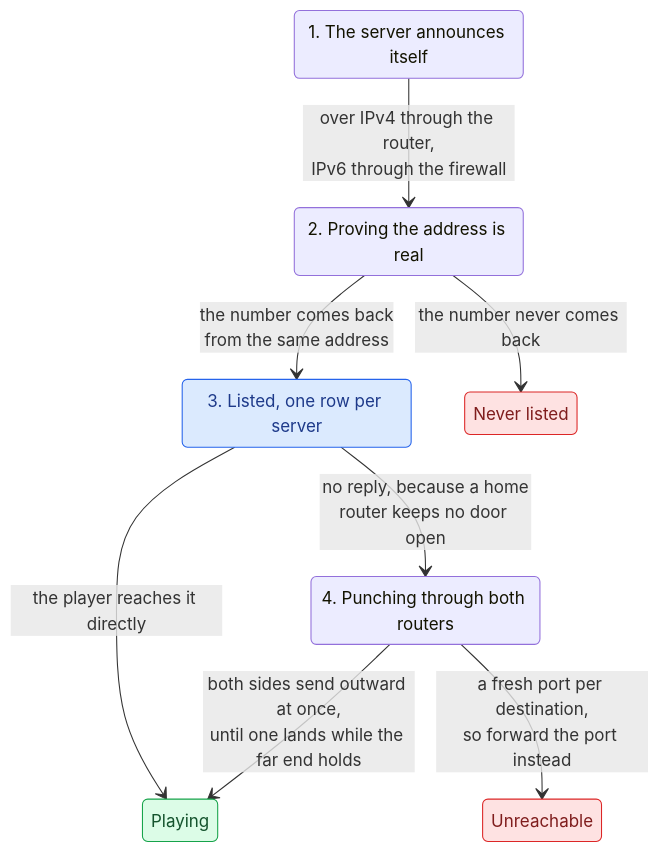
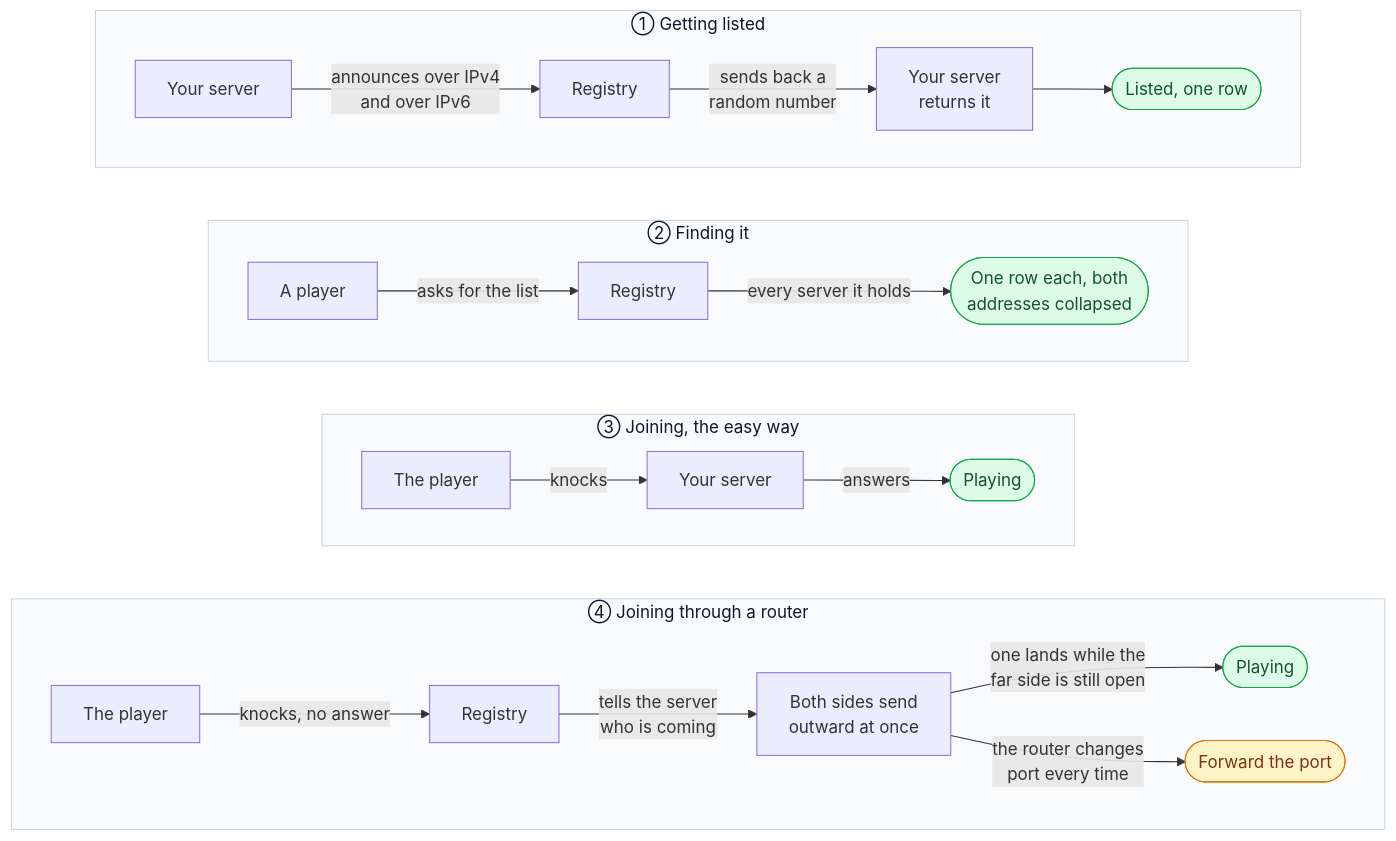
One commit to rc4l/ForkUnderA changed the diagram in README.server-registry.md. Above: the diagram before and after it, drawn with Mermaid.

Commit message:
Give each registry scenario its own row

````diff
--- a/README.server-registry.md
+++ b/README.server-registry.md
@@ -5,28 +5,44 @@
 ```mermaid
-stateDiagram-v2
-    direction TB
+flowchart TB
 
-    state "1. The server announces itself" as Announcing
-    state "2. Proving the address is real" as Proving
-    state "3. Listed, one row per server" as Listed
-    state "4. Punching through both routers" as Punching
-    state "Playing" as Joined
-    state "Never listed" as Dropped
-    state "Unreachable" as Refused
+    subgraph L["① Getting listed"]
+        direction LR
+        L1["Your server"] -->|"announces over IPv4<br/>and over IPv6"| L2["Registry"]
+        L2 -->|"sends back a<br/>random number"| L3["Your server<br/>returns it"]
+        L3 --> L4(["Listed, one row"])
+    end
 
-    Announcing --> Proving : over IPv4 through the router,<br/>IPv6 through the firewall
-    Proving --> Dropped : the number never comes back
-    Proving --> Listed : the number comes back<br/>from the same address
-    Listed --> Joined : the player reaches it directly
-    Listed --> Punching : no reply, because a home<br/>router keeps no door open
-    Punching --> Joined : both sides send outward at once,<br/>until one lands while the far end holds
-    Punching --> Refused : a fresh port per destination,<br/>so forward the port instead
+    subgraph F["② Finding it"]
+        direction LR
+        F1["A player"] -->|"asks for the list"| F2["Registry"]
+        F2 -->|"every server it holds"| F3(["One row each, both<br/>addresses collapsed"])
+    end
 
-    classDef good fill:#dcfce7,stroke:#16a34a,color:#14532d
-    classDef bad fill:#fee2e2,stroke:#dc2626,color:#7f1d1d
-    classDef live fill:#dbeafe,stroke:#2563eb,color:#1e3a8a
-    class Joined good
-    class Dropped bad
-    class Refused bad
-    class Listed live
+    subgraph D["③ Joining, the easy way"]
+        direction LR
+        D1["The player"] -->|"knocks"| D2["Your server"]
+        D2 -->|"answers"| D3(["Playing"])
+    end
+
+    subgraph P["④ Joining through a router"]
+        direction LR
+        P1["The player"] -->|"knocks, no answer"| P2["Registry"]
+        P2 -->|"tells the server<br/>who is coming"| P3["Both sides send<br/>outward at once"]
+        P3 -->|"one lands while the<br/>far side is still open"| P4(["Playing"])
+        P3 -->|"the router changes<br/>port every time"| P5(["Forward the port"])
+    end
+
+    L ~~~ F
+    F ~~~ D
+    D ~~~ P
+
+    classDef ok fill:#dcfce7,stroke:#16a34a,color:#14532d
+    classDef warn fill:#fef3c7,stroke:#d97706,color:#78350f
+    class L4,F3,D3,P4 ok
+    class P5 warn
+
+    style L fill:#f8fafc,stroke:#cbd5e1,color:#0f172a
+    style F fill:#f8fafc,stroke:#cbd5e1,color:#0f172a
+    style D fill:#f8fafc,stroke:#cbd5e1,color:#0f172a
+    style P fill:#f8fafc,stroke:#cbd5e1,color:#0f172a
 ```
````
